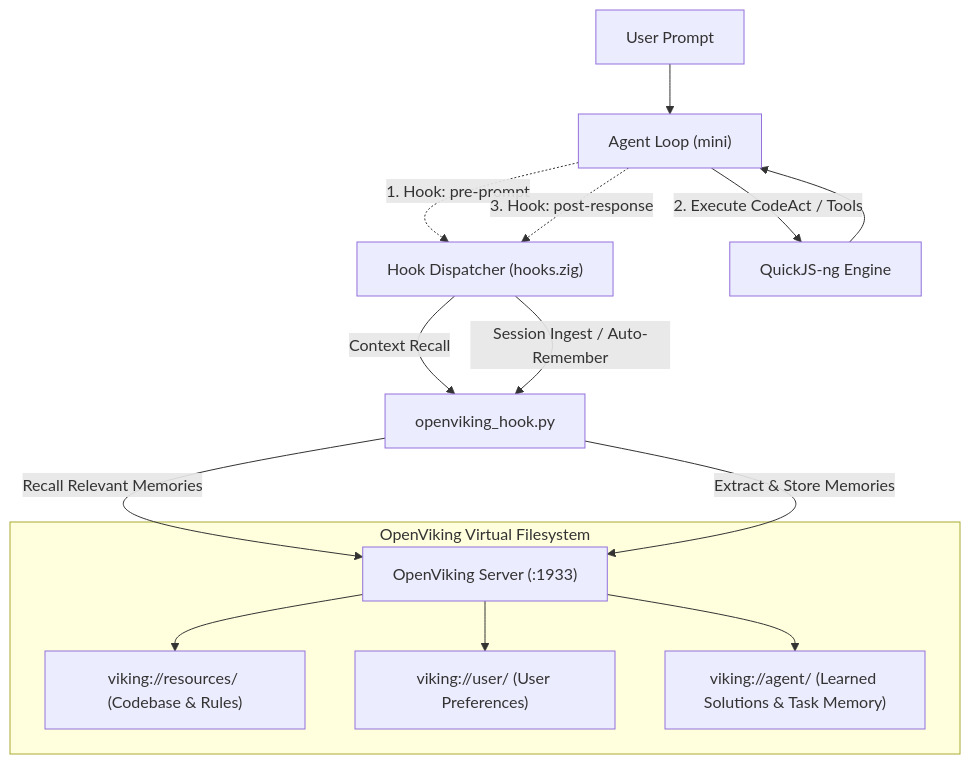
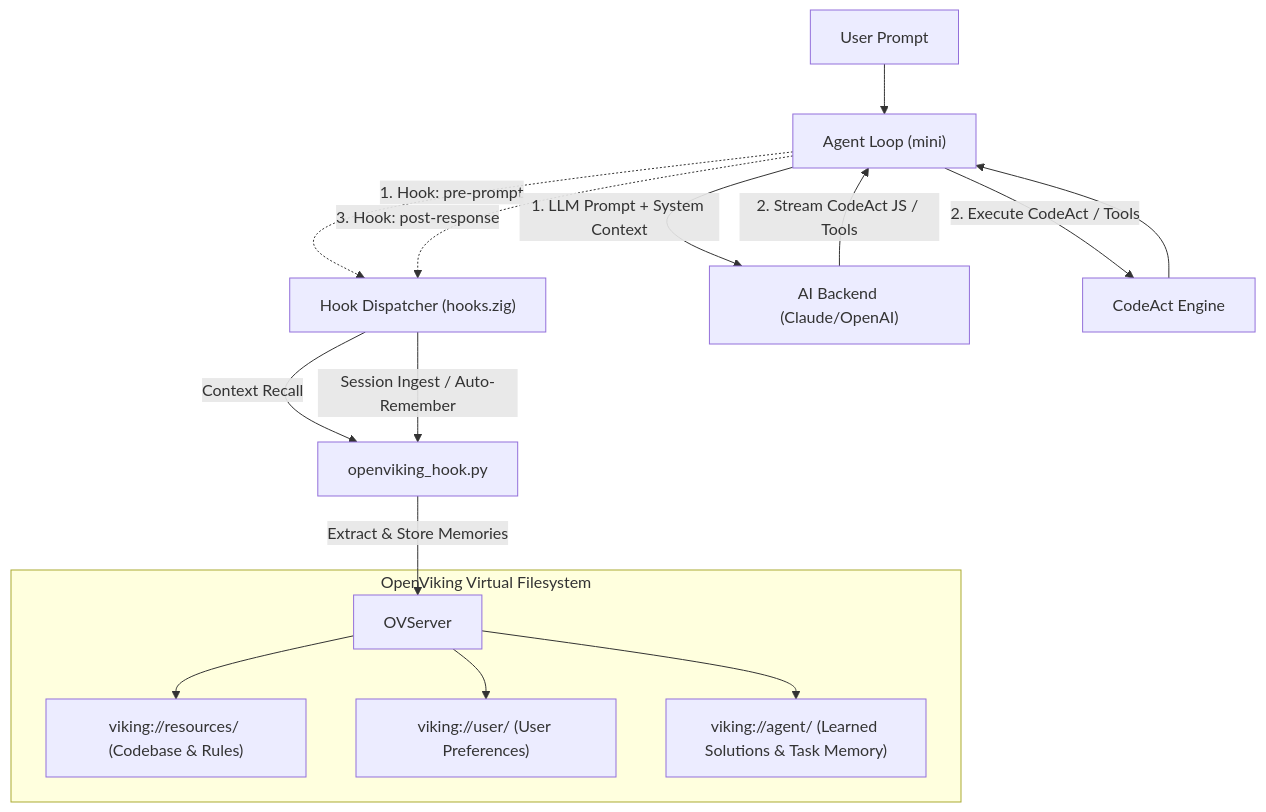
Before and after one commit to wdvn/mini_old: the diagram in docs/rfc_001_code_centric_architecture_proposal.md, drawn with Mermaid. The commit also changed other lines of this file and 18 other files, not shown here.

Commit message:
refactor: rename QuickJS-ng references to CodeAct across codebase and documentation

````diff
--- a/docs/rfc_001_code_centric_architecture_proposal.md
+++ b/docs/rfc_001_code_centric_architecture_proposal.md
@@ -290,20 +289,20 @@
 ```mermaid
 graph TD
     User["User Prompt"] --> AgentLoop["Agent Loop (mini)"]
     AgentLoop -.->|1. Hook: pre-prompt| HookDispatcher["Hook Dispatcher (hooks.zig)"]
     HookDispatcher -->|Context Recall| OVBridge["openviking_hook.py"]
-    OVBridge -->|Recall Relevant Memories| OVServer["OpenViking Server (:1933)"]
-    
-    AgentLoop -->|2. Execute CodeAct / Tools| Engine["QuickJS-ng Engine"]
+    AgentLoop -->|1. LLM Prompt + System Context| Backend["AI Backend (Claude/OpenAI)"]
+    Backend -->|2. Stream CodeAct JS / Tools| AgentLoop
+    AgentLoop -->|2. Execute CodeAct / Tools| Engine["CodeAct Engine"]
     Engine --> AgentLoop
     
     AgentLoop -.->|3. Hook: post-response| HookDispatcher
     HookDispatcher -->|Session Ingest / Auto-Remember| OVBridge
     OVBridge -->|Extract & Store Memories| OVServer
     
     subgraph "OpenViking Virtual Filesystem"
         OVServer --> VRes["viking://resources/ (Codebase & Rules)"]
         OVServer --> VUser["viking://user/ (User Preferences)"]
         OVServer --> VAgent["viking://agent/ (Learned Solutions & Task Memory)"]
     end
 ```
````
